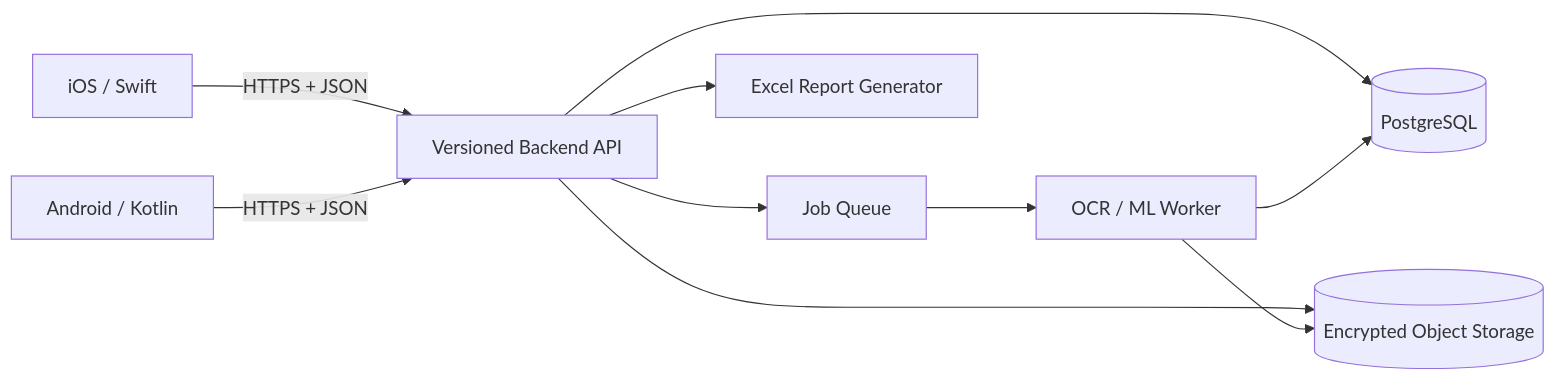
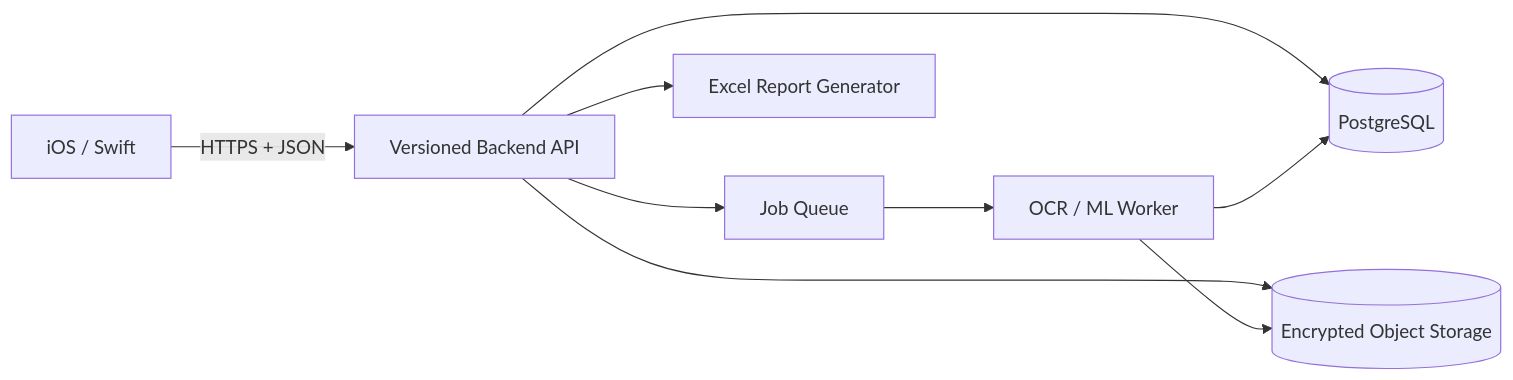
The diagram in docs/architecture.md (EmreBEYS/handwriting-criteria-assessment), drawn with Mermaid before and after one commit. The commit also changed other lines of this file and 13 other files, not shown here.

````diff
--- a/docs/architecture.md
+++ b/docs/architecture.md
@@ -17,12 +17,11 @@
 ```mermaid
 flowchart LR
     I[iOS / Swift] -->|HTTPS + JSON| A[Versioned Backend API]
-    D[Android / Kotlin] -->|HTTPS + JSON| A
     A --> DB[(PostgreSQL)]
     A --> OS[(Encrypted Object Storage)]
     A --> Q[Job Queue]
     Q --> ML[OCR / ML Worker]
     ML --> OS
     ML --> DB
     A --> X[Excel Report Generator]
 ```
````
